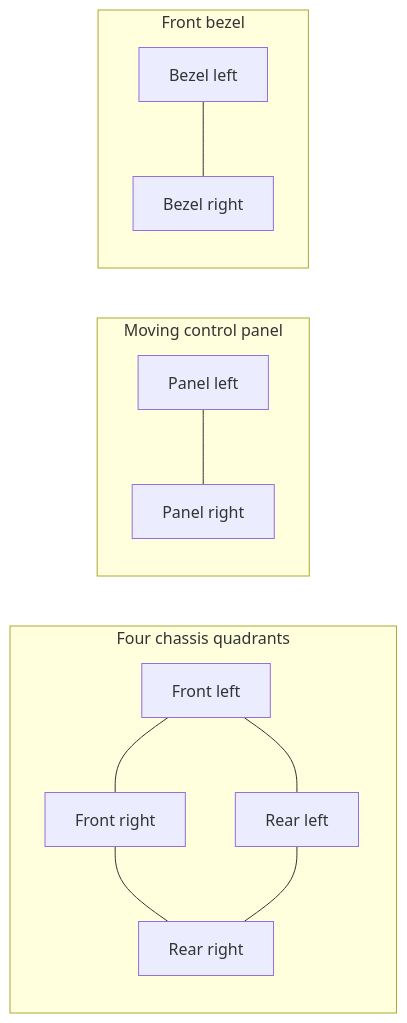
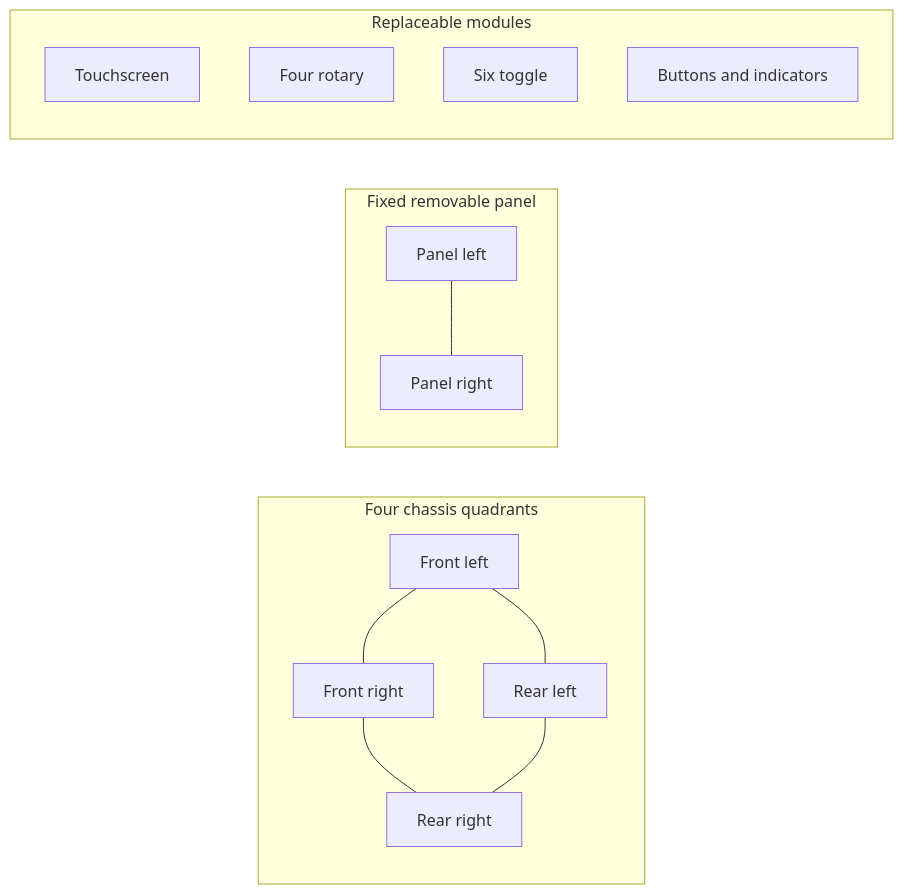
Before and after one commit to Andworx/Copilot-IoT-Game: the second of 7 diagrams in 3d Models/apache case/DESIGN_DOCUMENT.md, drawn with Mermaid. The commit also changed other lines of this file and 45 other files, not shown here.

````diff
--- a/3d Models/apache case/DESIGN_DOCUMENT.md
+++ b/3d Models/apache case/DESIGN_DOCUMENT.md
@@ -130,15 +155,18 @@
 ```mermaid
 flowchart LR
     subgraph Chassis[Four chassis quadrants]
       FL[Front left] --- FR[Front right]
       FL --- RL[Rear left]
       FR --- RR[Rear right]
       RL --- RR
     end
-    subgraph Panel[Moving control panel]
+    subgraph Panel[Fixed removable panel]
       PL[Panel left] --- PR[Panel right]
     end
-    subgraph Bezel[Front bezel]
-      BL[Bezel left] --- BR[Bezel right]
+    subgraph Modules[Replaceable modules]
+      TS[Touchscreen]
+      RT[Four rotary]
+      SW[Six toggle]
+      UT[Buttons and indicators]
     end
 ```
````
